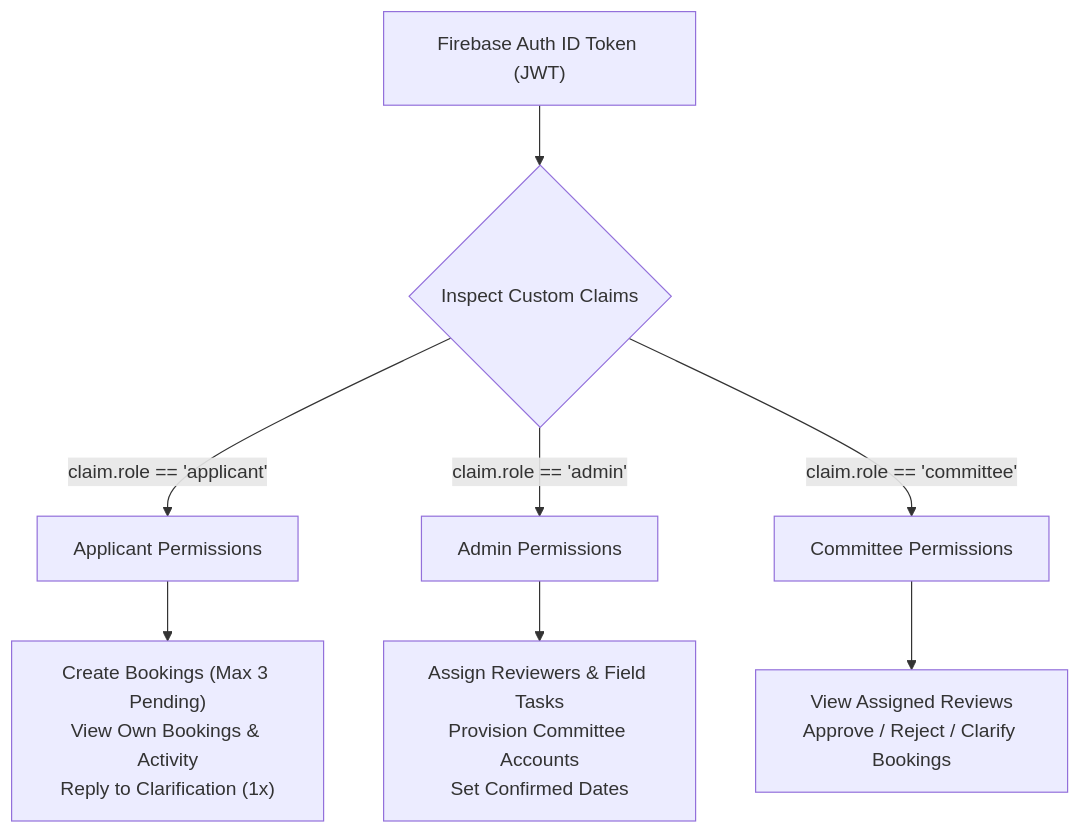
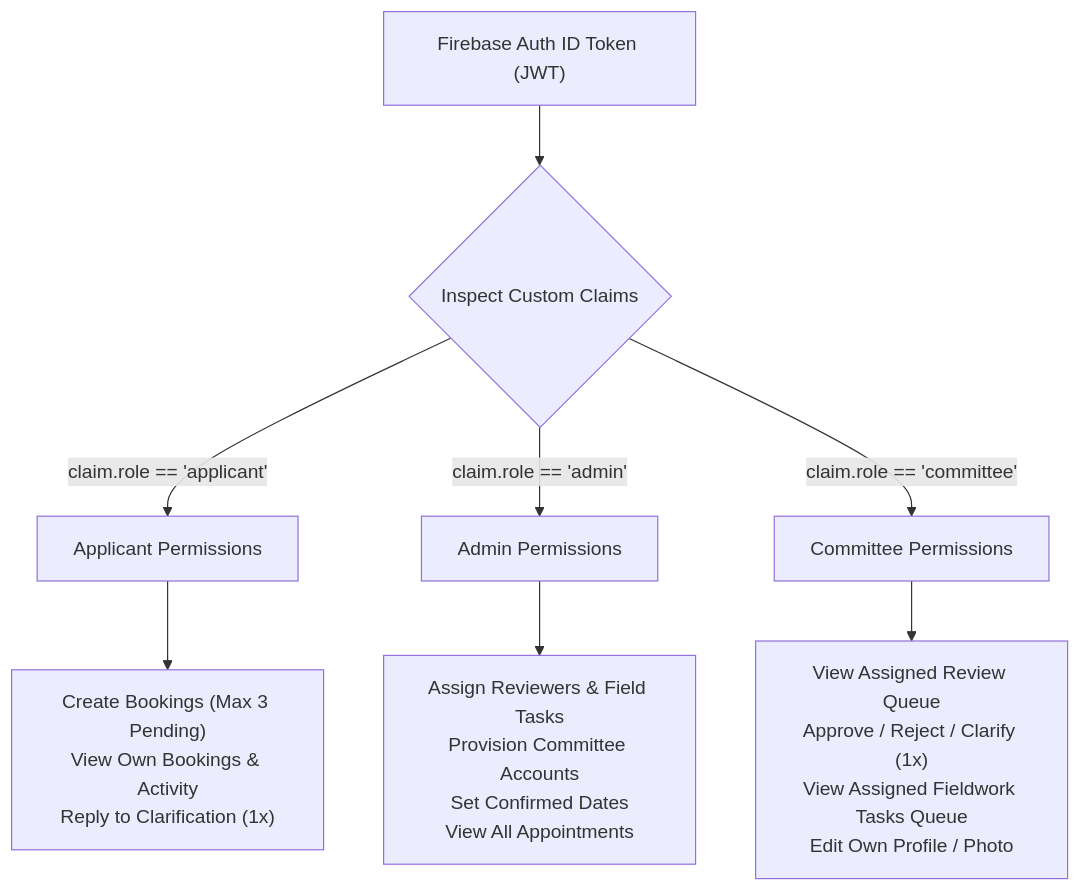
The first of 7 diagrams in brain/auth_security.md (coe-sensrs/survey_booking_flutter), drawn with Mermaid before and after one commit. The commit also changed other lines of this file and 34 other files, not shown here.

````diff
--- a/brain/auth_security.md
+++ b/brain/auth_security.md
@@ -11,14 +11,14 @@
 ```mermaid
 graph TD
     UserToken["Firebase Auth ID Token (JWT)"]
     Claims{"Inspect Custom Claims"}
     
     UserToken --> Claims
     Claims -->|claim.role == 'applicant'| AppRole["Applicant Permissions"]
     Claims -->|claim.role == 'admin'| AdminRole["Admin Permissions"]
     Claims -->|claim.role == 'committee'| CommRole["Committee Permissions"]
 
     AppRole --> AppRights["Create Bookings (Max 3 Pending)<br>View Own Bookings & Activity<br>Reply to Clarification (1x)"]
-    AdminRole --> AdminRights["Assign Reviewers & Field Tasks<br>Provision Committee Accounts<br>Set Confirmed Dates"]
-    CommRole --> CommRights["View Assigned Reviews<br>Approve / Reject / Clarify Bookings"]
+    AdminRole --> AdminRights["Assign Reviewers & Field Tasks<br>Provision Committee Accounts<br>Set Confirmed Dates<br>View All Appointments"]
+    CommRole --> CommRights["View Assigned Review Queue<br>Approve / Reject / Clarify (1x)<br>View Assigned Fieldwork Tasks Queue<br>Edit Own Profile / Photo"]
 ```
````
